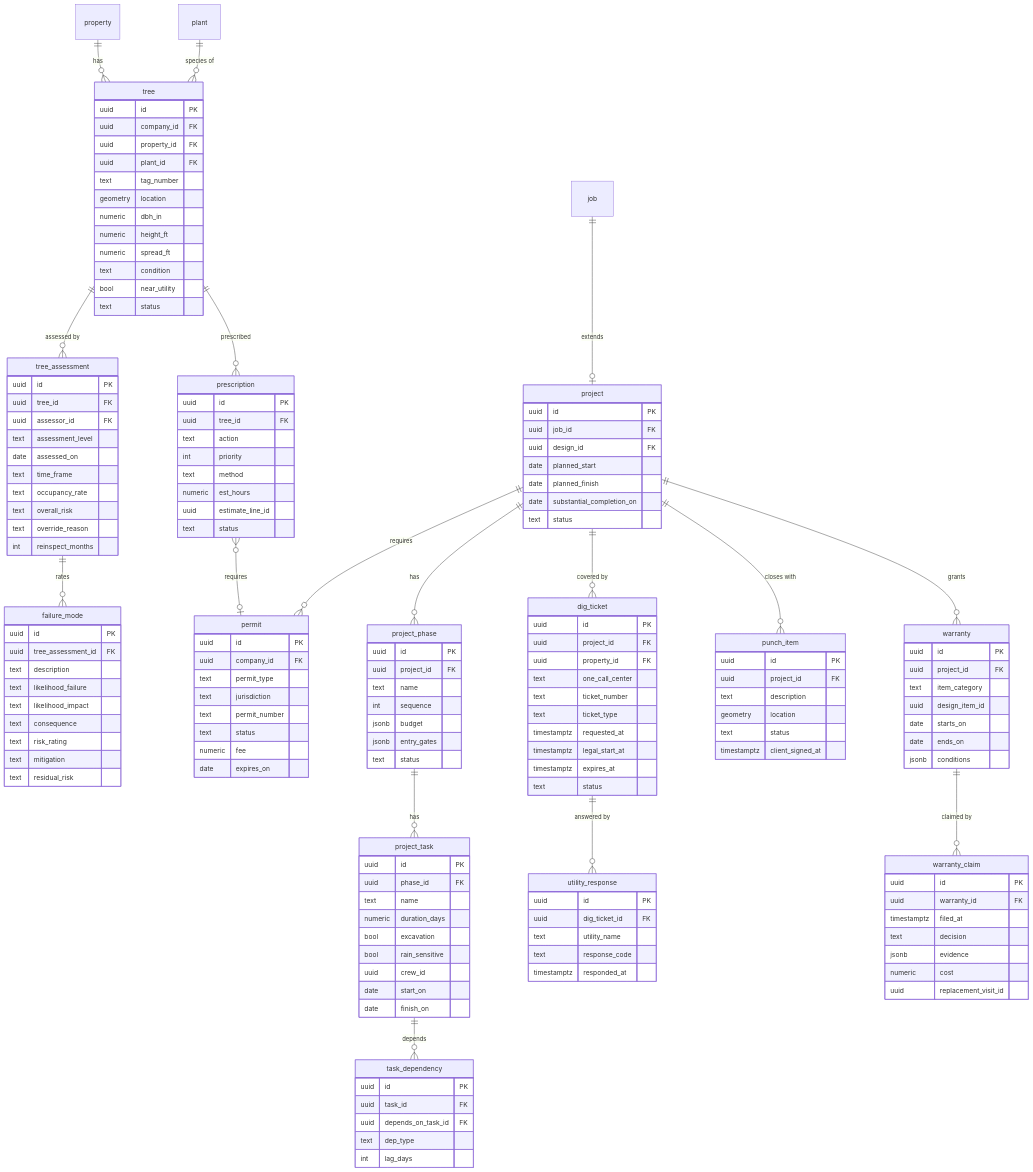
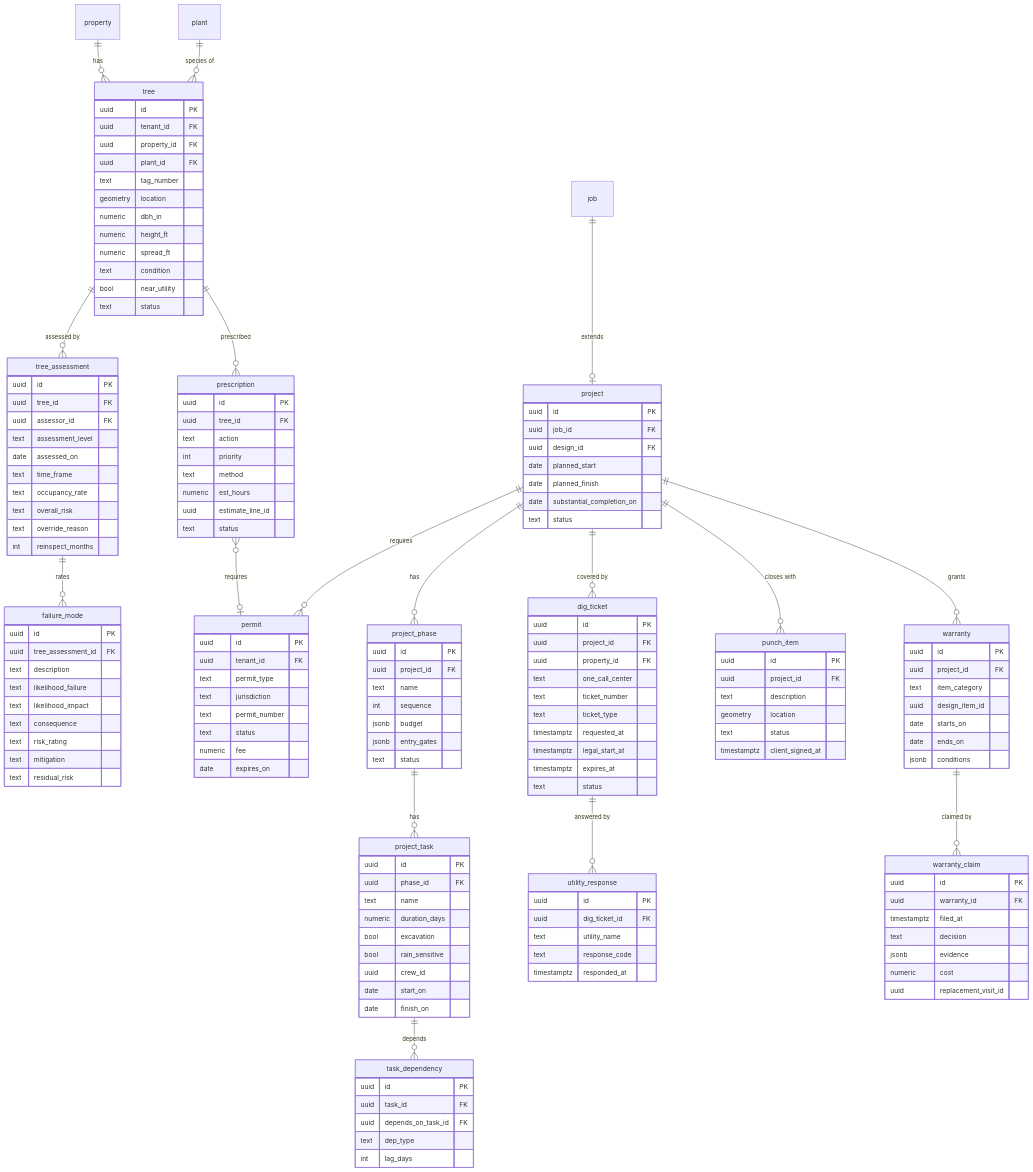
Before and after one commit to jdinard/landscape: diagram 21 of 23 in docs/14-service-line-modules.md, drawn with Mermaid. The commit also changed other lines of this file and 13 other files, not shown here.

```diff
--- a/docs/14-service-line-modules.md
+++ b/docs/14-service-line-modules.md
@@ -2019,7 +2314,7 @@
     warranty ||--o{ warranty_claim : "claimed by"
     tree {
         uuid id PK
-        uuid company_id FK
+        uuid tenant_id FK
         uuid property_id FK
         uuid plant_id FK
         text tag_number
@@ -2121,7 +2416,7 @@
     }
     permit {
         uuid id PK
-        uuid company_id FK
+        uuid tenant_id FK
         text permit_type
         text jurisdiction
         text permit_number
```
